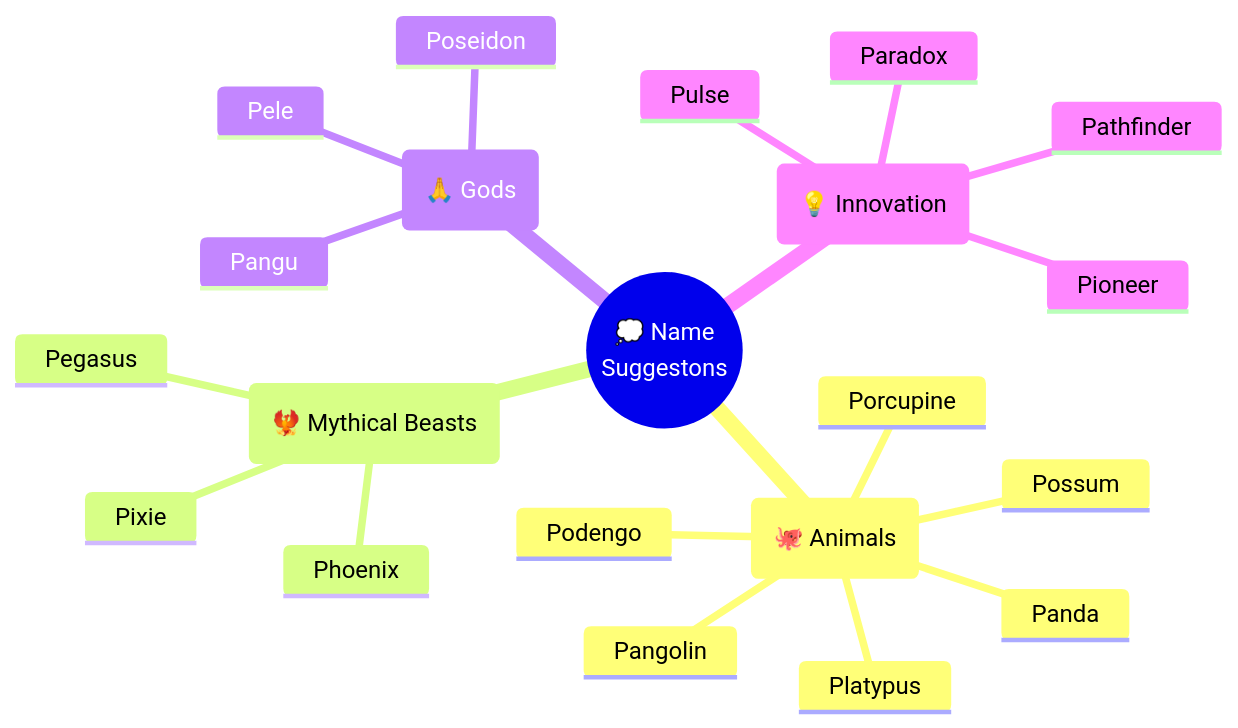
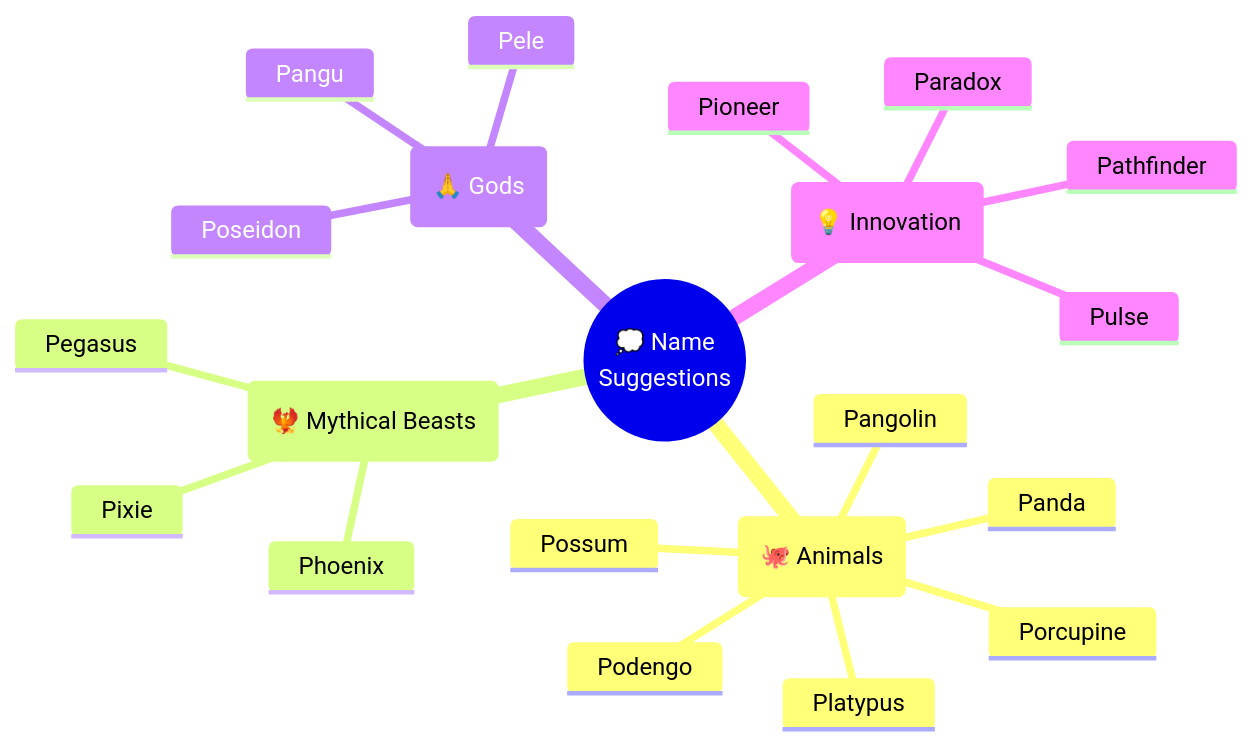
Before and after one commit to Simrayz/whats-in-a-name: the diagram in slides.md, drawn with Mermaid. The commit also changed other lines of this file, not shown here.

````diff
--- a/slides.md
+++ b/slides.md
@@ -239,24 +239,24 @@
 ```mermaid
 mindmap
-  id((💭 Name <br /> Suggestons))
+  id((💭 Name <br /> Suggestions))
     (🐙 Animals)
       Podengo
       Platypus
       Porcupine
       Pangolin
       Panda
       Possum
     (🐦‍🔥 Mythical Beasts)
       Phoenix
       Pegasus
       Pixie
     (🙏 Gods)
       Poseidon
       Pele
       Pangu
     (💡 Innovation)
       Pioneer
       Pathfinder
       Pulse
       Paradox
 ```
````
